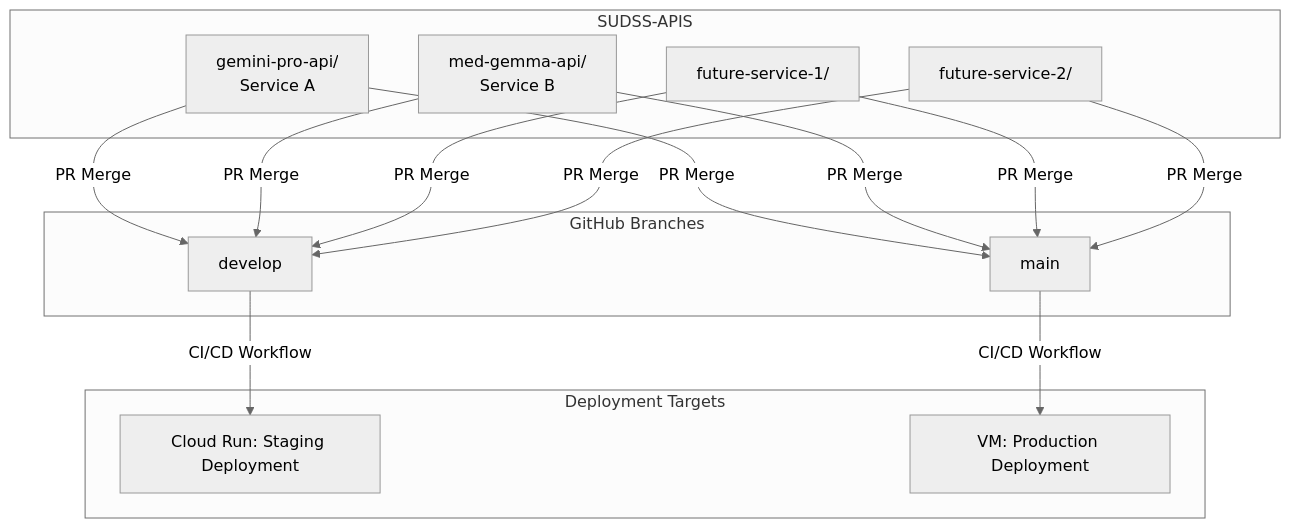
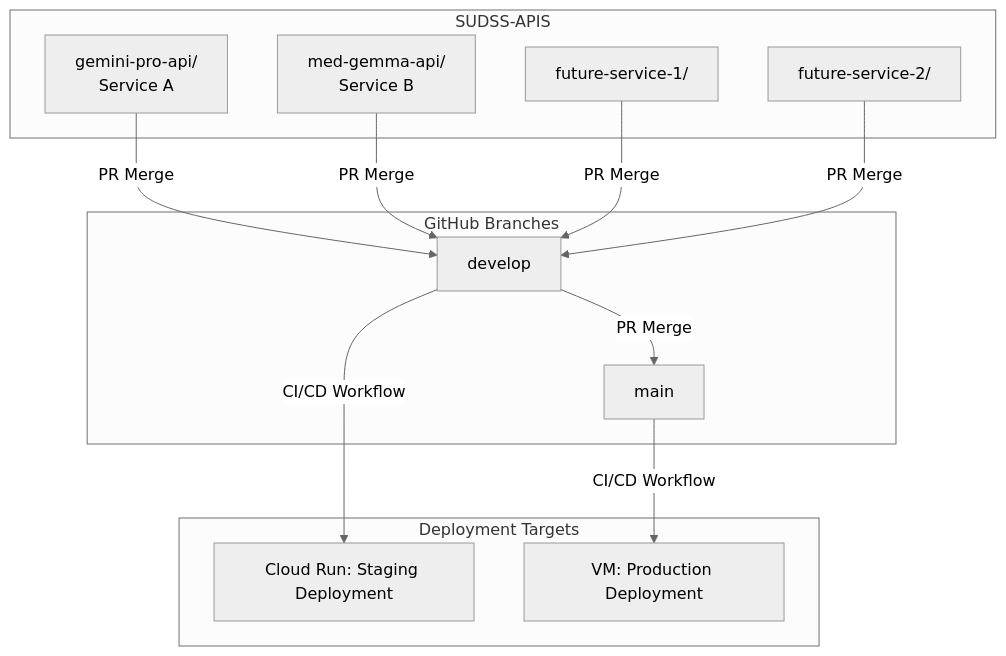
Before and after one commit to HarpyTech/sudss-apis: the diagram in README.md, drawn with Mermaid (neutral theme).

````diff
--- a/README.md
+++ b/README.md
@@ -100,38 +100,35 @@
 ```mermaid
 graph TD
     %% Shared Common Code
     subgraph SUDSS-APIS
         
         B[gemini-pro-api/ <br> Service A]
         C[med-gemma-api/ <br> Service B]
         D[future-service-1/]
         E[future-service-2/]
     end
 
     %% GitHub Branches
     subgraph GitHub["GitHub Branches"]
         F[develop]
         G[main]
     end
 
     %% Current Service Workflow Paths
     B -->|PR Merge| F
     C -->|PR Merge| F
     D -->|PR Merge| F
     E -->|PR Merge| F
 
     F -->|CI/CD Workflow| H[Cloud Run: Staging Deployment]
 
-    B -->|PR Merge| G
-    C -->|PR Merge| G
-    D -->|PR Merge| G
-    E -->|PR Merge| G
+    F -->|PR Merge| G
 
     G -->|CI/CD Workflow| I[VM: Production Deployment]
 
     %% Deployment Targets
     subgraph Deployment["Deployment Targets"]
         H
         I
     end
 ```
````
